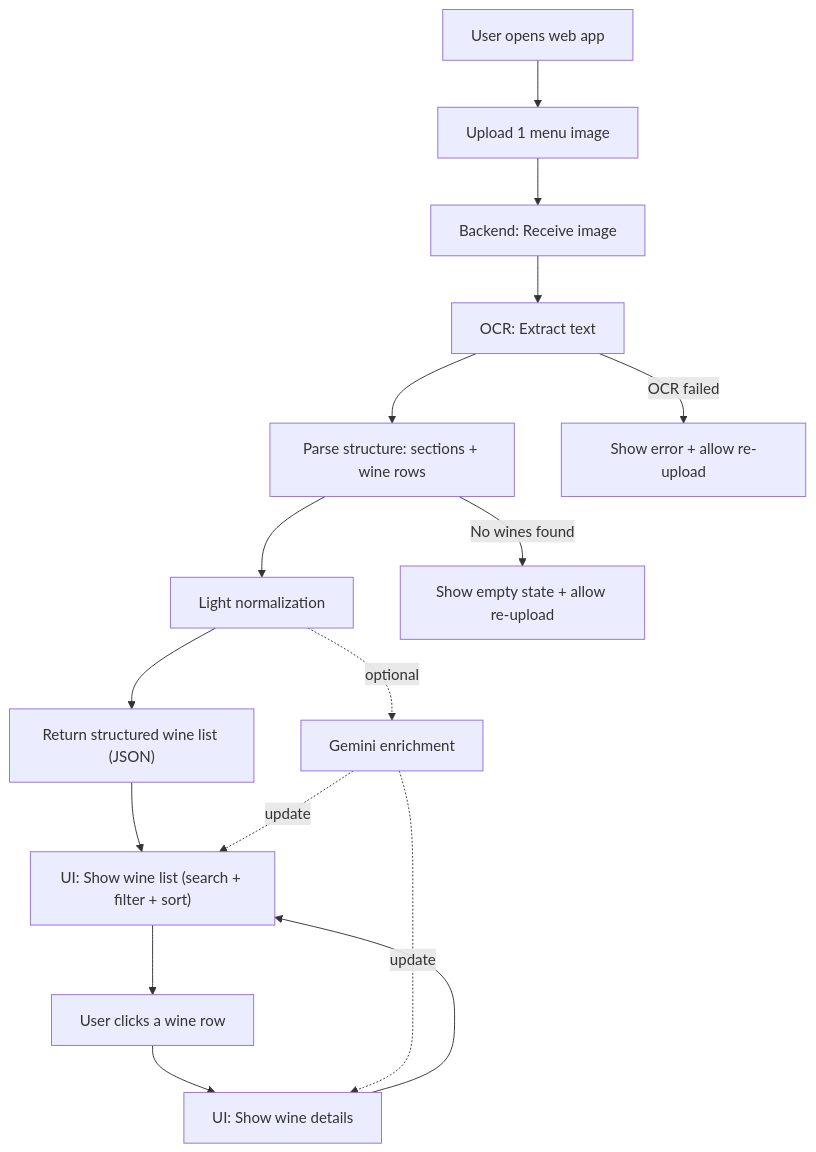
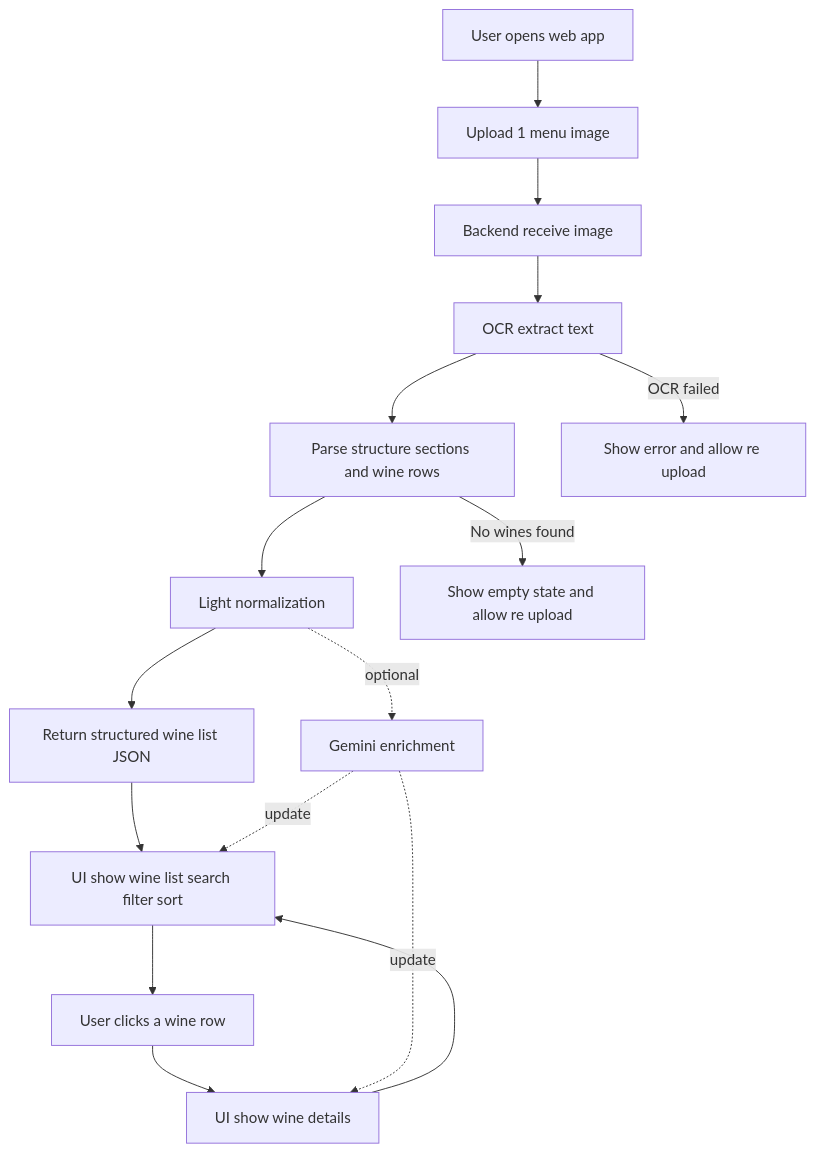
Before and after one commit to daviduswe/WineMenuScanner: the diagram in Requirements.md, drawn with Mermaid.

Commit message:
Fix flowchart

````diff
--- a/Requirements.md
+++ b/Requirements.md
@@ -149,24 +149,24 @@
 ```mermaid
 flowchart TD
     A["User opens web app"] --> B["Upload 1 menu image"]
-    B --> C["Backend: Receive image"]
-    C --> D["OCR: Extract text"]
-    D --> E["Parse structure: sections + wine rows"]
+    B --> C["Backend receive image"]
+    C --> D["OCR extract text"]
+    D --> E["Parse structure sections and wine rows"]
     E --> F["Light normalization"]
 
-    F --> G["Return structured wine list (JSON)"]
-    G --> H["UI: Show wine list (search + filter + sort)"]
+    F --> G["Return structured wine list JSON"]
+    G --> H["UI show wine list search filter sort"]
 
     H --> I["User clicks a wine row"]
-    I --> J["UI: Show wine details"]
+    I --> J["UI show wine details"]
     J --> H
 
-    %% Optional enrichment (best-effort)
+    %% Optional enrichment best effort
     F -. optional .-> K["Gemini enrichment"]
     K -. update .-> J
     K -. update .-> H
 
-    %% Error/empty handling
-    D -->|"OCR failed"| X["Show error + allow re-upload"]
-    E -->|"No wines found"| Y["Show empty state + allow re-upload"]
+    %% Error empty handling
+    D -->|"OCR failed"| X["Show error and allow re upload"]
+    E -->|"No wines found"| Y["Show empty state and allow re upload"]
 ```
````
